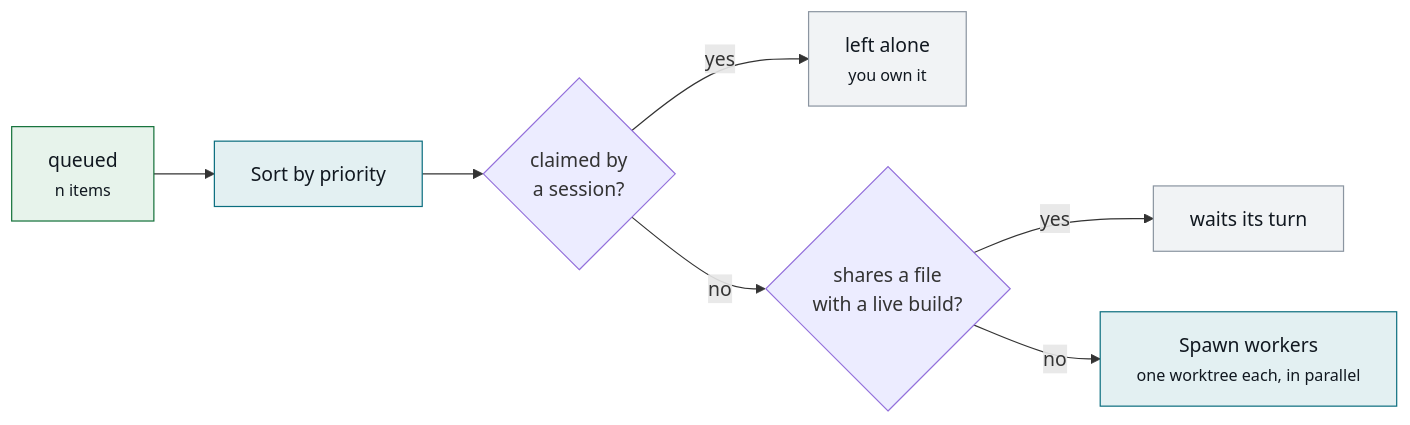
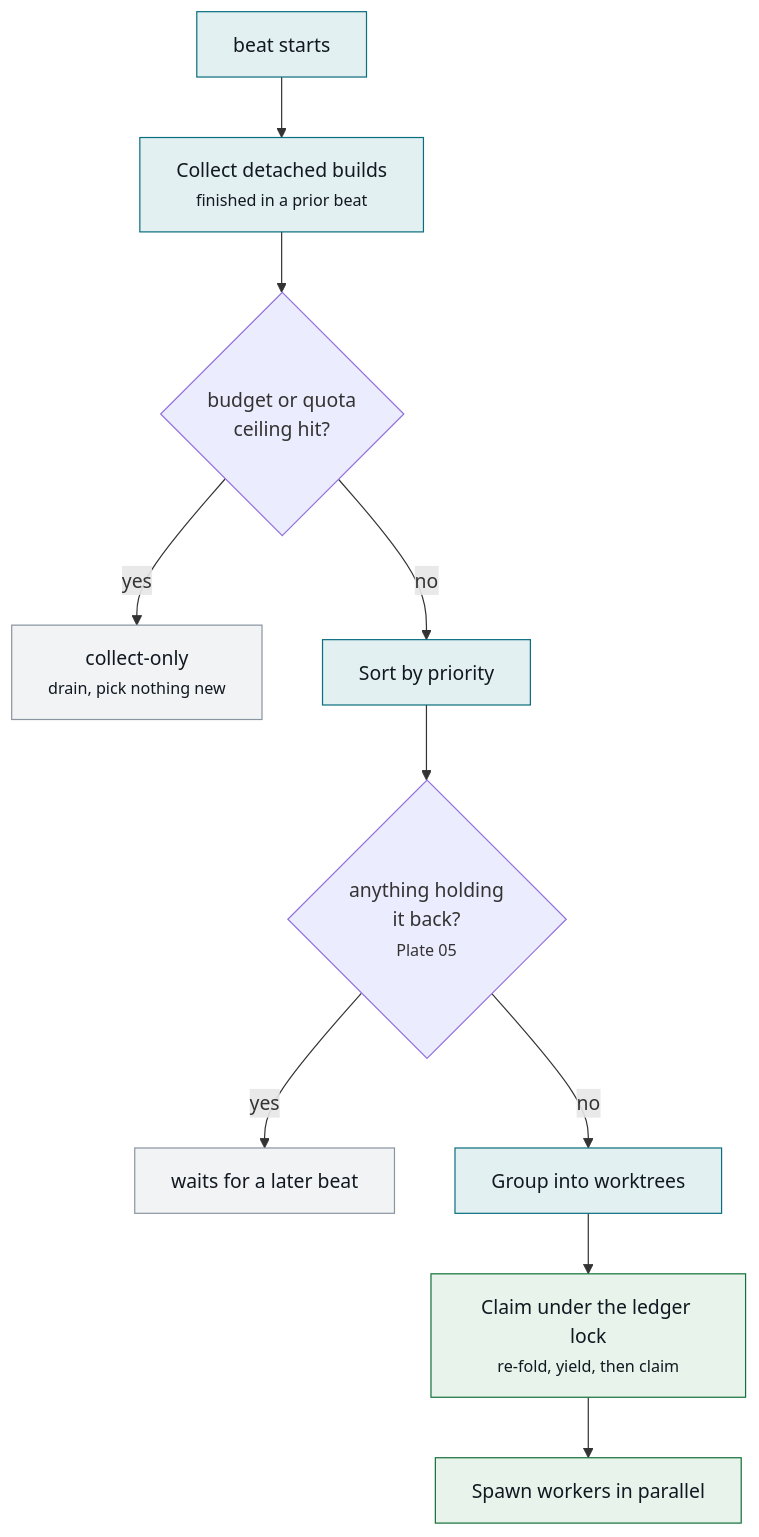
The fourth of 11 diagrams in docs/plane-flows.md (MrChikns/loopkit), drawn with Mermaid before and after one commit. The commit also changed other lines of this file and 3 other files, not shown here.

````diff
--- a/docs/plane-flows.md
+++ b/docs/plane-flows.md
@@ -97,16 +160,19 @@
 ```mermaid
-flowchart LR
-  Q["queued<br/><small>n items</small>"] --> S["Sort by priority"]
-  S --> CLAIM{"claimed by<br/>a session?"}
-  CLAIM -->|yes| YIELD["left alone<br/><small>you own it</small>"]
-  CLAIM -->|no| CLASH{"shares a file<br/>with a live build?"}
-  CLASH -->|yes| WAIT["waits its turn"]
-  CLASH -->|no| SPAWN["Spawn workers<br/><small>one worktree each, in parallel</small>"]
+flowchart TD
+  B["beat starts"] --> COLL["Collect detached builds<br/><small>finished in a prior beat</small>"]
+  COLL --> SPEND{"budget or quota<br/>ceiling hit?"}
+  SPEND -->|yes| DRAIN["collect-only<br/><small>drain, pick nothing new</small>"]
+  SPEND -->|no| PICK["Sort by priority"]
+  PICK --> WAIT{"anything holding<br/>it back?<br/><small>Plate 05</small>"}
+  WAIT -->|yes| LATER["waits for a later beat"]
+  WAIT -->|no| GRP["Group into worktrees"]
+  GRP --> ARB["Claim under the ledger lock<br/><small>re-fold, yield, then claim</small>"]
+  ARB --> SPAWN["Spawn workers in parallel"]
 
   classDef step fill:#E3F0F2,stroke:#0B6E7F,color:#111820
   classDef pass fill:#E7F3EB,stroke:#14713A,color:#111820
   classDef inert fill:#F1F3F5,stroke:#8B95A1,color:#111820
-  class Q pass
-  class S,SPAWN step
-  class YIELD,WAIT inert
+  class B,PICK,GRP,COLL step
+  class ARB,SPAWN pass
+  class DRAIN,LATER inert
 ```
````
